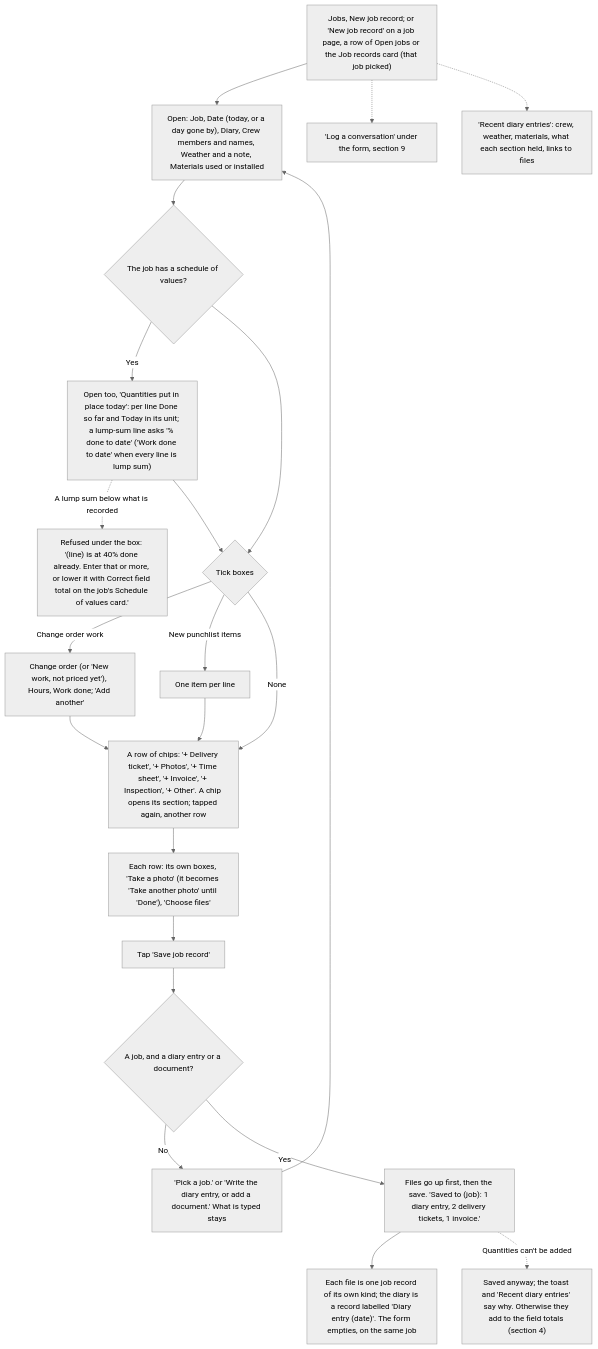
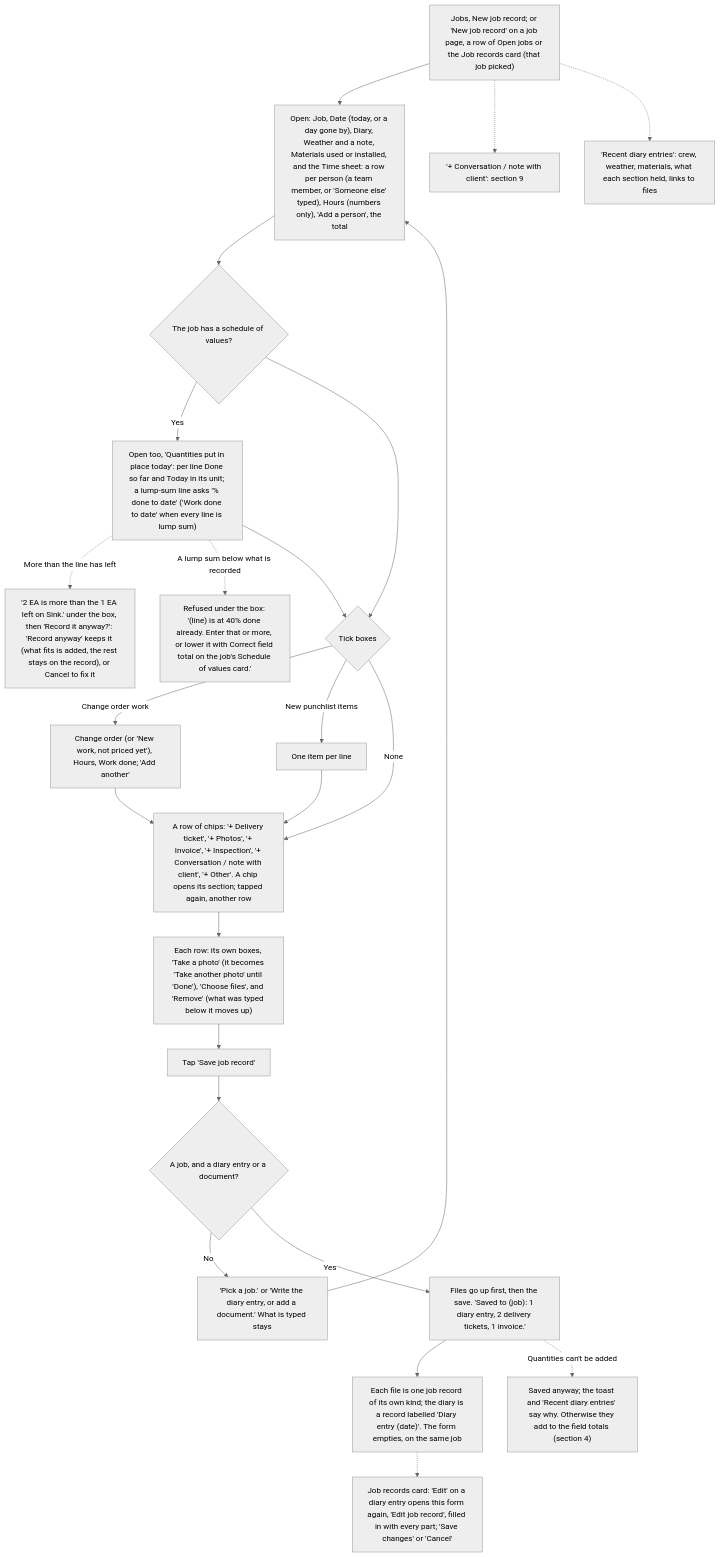
One commit to cartwrightstephen/billdable changed diagram 17 of 18 in docs/client-flows.md. Above: the diagram before and after it, drawn with Mermaid (neutral theme). The commit also changed other lines of this file and 4 other files, not shown here.

````diff
--- a/docs/client-flows.md
+++ b/docs/client-flows.md
@@ -796,24 +810,26 @@
 ```mermaid
 flowchart TD
-    A["Jobs, New job record; or 'New job record' on a job page, a row of Open jobs or the Job records card (that job picked)"] --> B["Open: Job, Date (today, or a day gone by), Diary, Crew members and names, Weather and a note, Materials used or installed"]
+    A["Jobs, New job record; or 'New job record' on a job page, a row of Open jobs or the Job records card (that job picked)"] --> B["Open: Job, Date (today, or a day gone by), Diary, Weather and a note, Materials used or installed, and the Time sheet: a row per person (a team member, or 'Someone else' typed), Hours (numbers only), 'Add a person', the total"]
     B --> Q0{"The job has a schedule of values?"}
     Q0 -->|"Yes"| C1["Open too, 'Quantities put in place today': per line Done so far and Today in its unit; a lump-sum line asks '% done to date' ('Work done to date' when every line is lump sum)"]
+    C1 -.->|"More than the line has left"| C1O["'2 EA is more than the 1 EA left on Sink.' under the box, then 'Record it anyway?': 'Record anyway' keeps it (what fits is added, the rest stays on the record), or Cancel to fix it"]
     C1 -.->|"A lump sum below what is recorded"| C1R["Refused under the box: '(line) is at 40% done already. Enter that or more, or lower it with Correct field total on the job's Schedule of values card.'"]
     Q0 --> C{"Tick boxes"}
     C1 --> C
     C -->|"Change order work"| C2["Change order (or 'New work, not priced yet'), Hours, Work done; 'Add another'"]
     C -->|"New punchlist items"| C3["One item per line"]
     C2 --> D
     C3 --> D
-    C -->|"None"| D["A row of chips: '+ Delivery ticket', '+ Photos', '+ Time sheet', '+ Invoice', '+ Inspection', '+ Other'. A chip opens its section; tapped again, another row"]
-    D --> D1["Each row: its own boxes, 'Take a photo' (it becomes 'Take another photo' until 'Done'), 'Choose files'"]
+    C -->|"None"| D["A row of chips: '+ Delivery ticket', '+ Photos', '+ Invoice', '+ Inspection', '+ Conversation / note with client', '+ Other'. A chip opens its section; tapped again, another row"]
+    D --> D1["Each row: its own boxes, 'Take a photo' (it becomes 'Take another photo' until 'Done'), 'Choose files', and 'Remove' (what was typed below it moves up)"]
     D1 --> E["Tap 'Save job record'"]
     E --> F{"A job, and a diary entry or a document?"}
     F -->|"No"| G["'Pick a job.' or 'Write the diary entry, or add a document.' What is typed stays"]
     G --> B
     F -->|"Yes"| H["Files go up first, then the save. 'Saved to (job): 1 diary entry, 2 delivery tickets, 1 invoice.'"]
     H --> I["Each file is one job record of its own kind; the diary is a record labelled 'Diary entry (date)'. The form empties, on the same job"]
     H -.->|"Quantities can't be added"| QX["Saved anyway; the toast and 'Recent diary entries' say why. Otherwise they add to the field totals (section 4)"]
-    A -.-> CV["'Log a conversation' under the form, section 9"]
+    A -.-> CV["'+ Conversation / note with client': section 9"]
+    I -.-> ED["Job records card: 'Edit' on a diary entry opens this form again, 'Edit job record', filled in with every part; 'Save changes' or 'Cancel'"]
     A -.-> RC["'Recent diary entries': crew, weather, materials, what each section held, links to files"]
 ```
````
